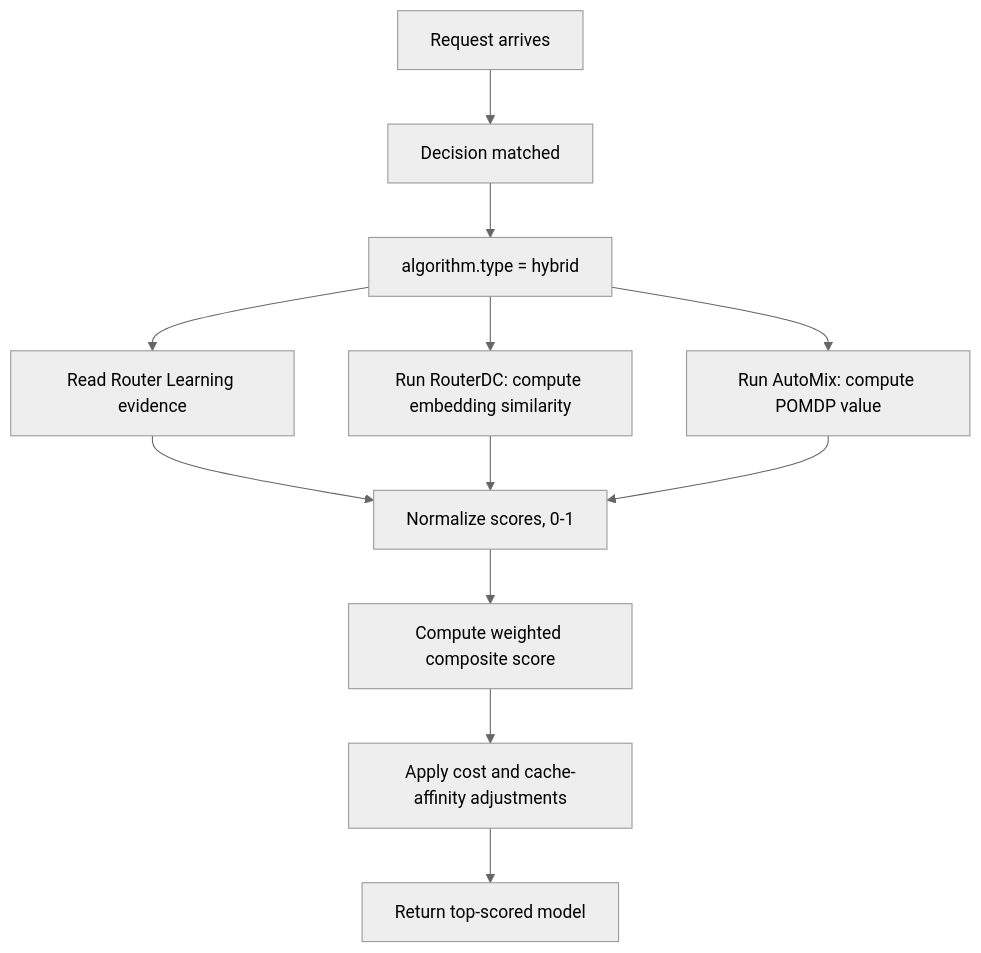
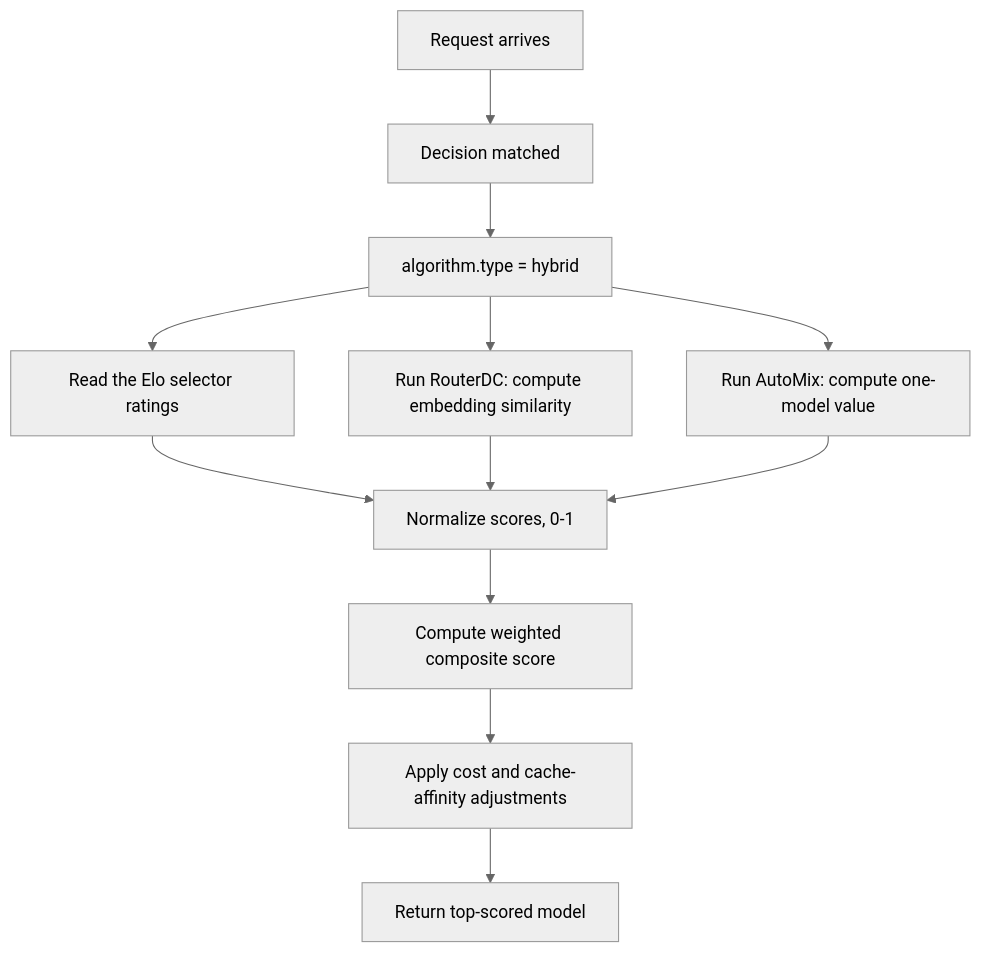
The diagram in website/docs/tutorials/algorithm/selection/hybrid.md (vllm-project/semantic-router), drawn with Mermaid (neutral theme) before and after one commit. The commit also changed other lines of this file and 1110 other files, not shown here.

````diff
--- a/website/docs/tutorials/algorithm/selection/hybrid.md
+++ b/website/docs/tutorials/algorithm/selection/hybrid.md
@@ -33,14 +31,14 @@
 ```mermaid
 flowchart TD
     A[Request arrives] --> B[Decision matched]
     B --> C[algorithm.type = hybrid]
-    C --> D[Read Router Learning evidence]
+    C --> D[Read the Elo selector ratings]
     C --> E[Run RouterDC: compute embedding similarity]
-    C --> F[Run AutoMix: compute POMDP value]
+    C --> F[Run AutoMix: compute one-model value]
     D --> G[Normalize scores, 0-1]
     E --> G
     F --> G
     G --> H[Compute weighted composite score]
     H --> I[Apply cost and cache-affinity adjustments]
     I --> J[Return top-scored model]
 ```
````
